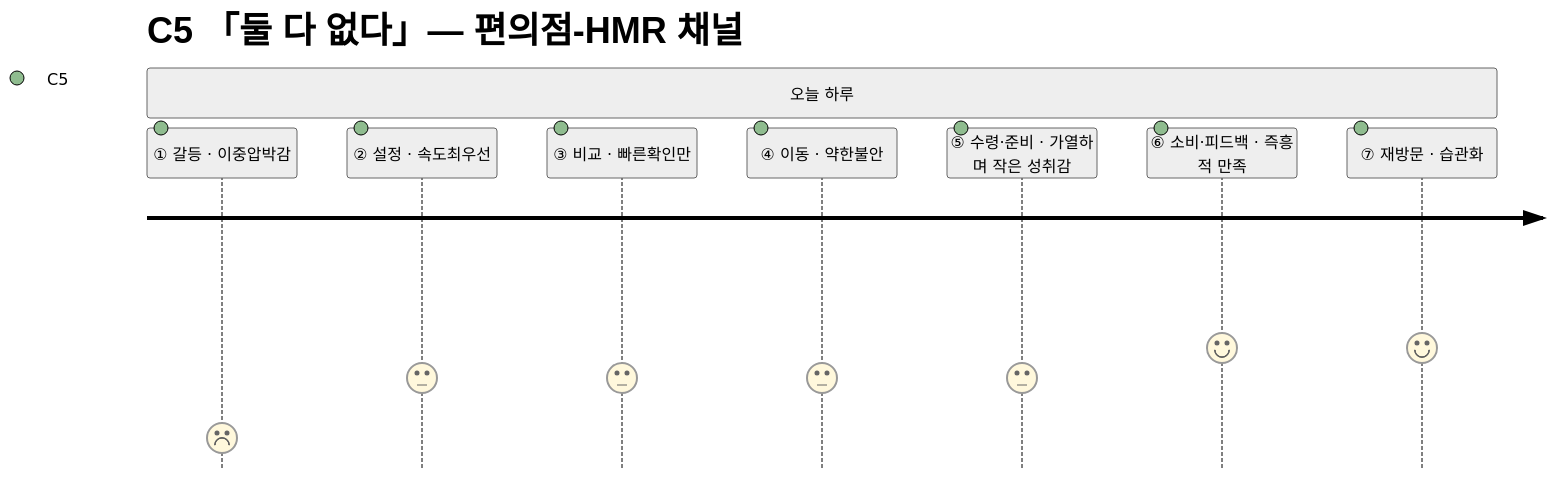
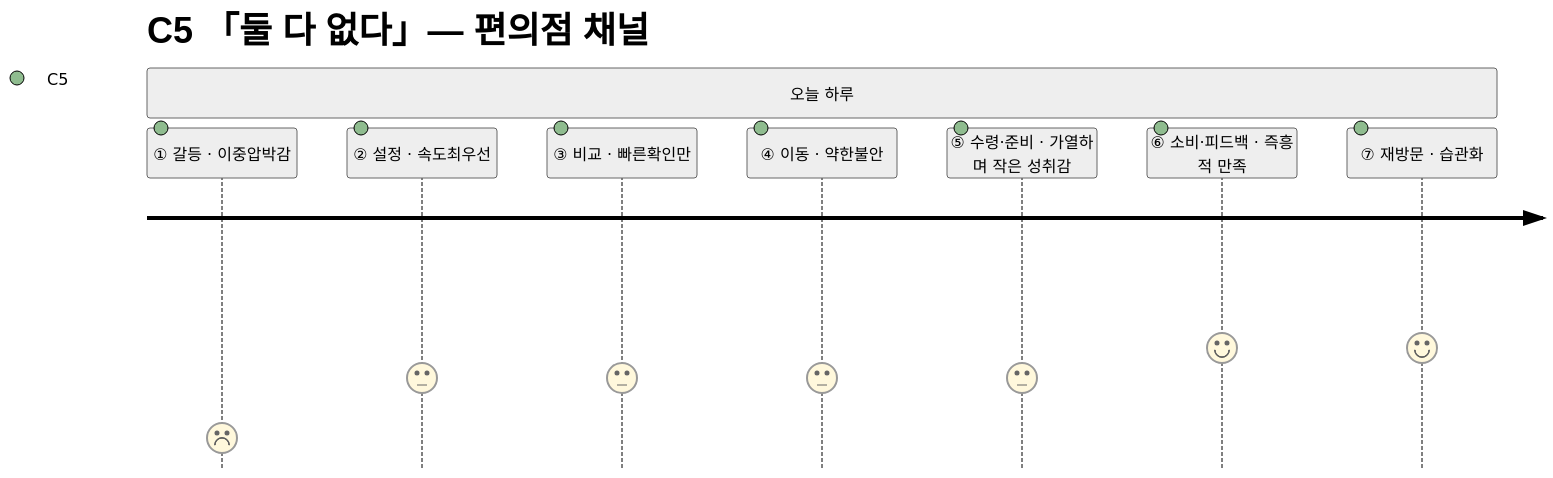
One commit to soobworks/business-research-practice changed the sixth of 14 diagrams in 05.persona-journey-map/1인가구한끼해결-페르소나여정/04-고객여정지도-수령준비단계.md. Above: the diagram before and after it, drawn with Mermaid (neutral theme). The commit also changed other lines of this file and 1 other file, not shown here.

````diff
--- a/05.persona-journey-map/1인가구한끼해결-페르소나여정/04-고객여정지도-수령준비단계.md
+++ b/05.persona-journey-map/1인가구한끼해결-페르소나여정/04-고객여정지도-수령준비단계.md
@@ -89,12 +112,12 @@
 ```mermaid
 journey
-    title C5 「둘 다 없다」— 편의점-HMR 채널
+    title C5 「둘 다 없다」— 편의점 채널
     section 오늘 하루
       ① 갈등 · 이중압박감: 1: C5
       ② 설정 · 속도최우선: 3: C5
       ③ 비교 · 빠른확인만: 3: C5
       ④ 이동 · 약한불안: 3: C5
       ⑤ 수령·준비 · 가열하며 작은 성취감: 3: C5
       ⑥ 소비·피드백 · 즉흥적 만족: 4: C5
       ⑦ 재방문 · 습관화: 4: C5
 ```
````
